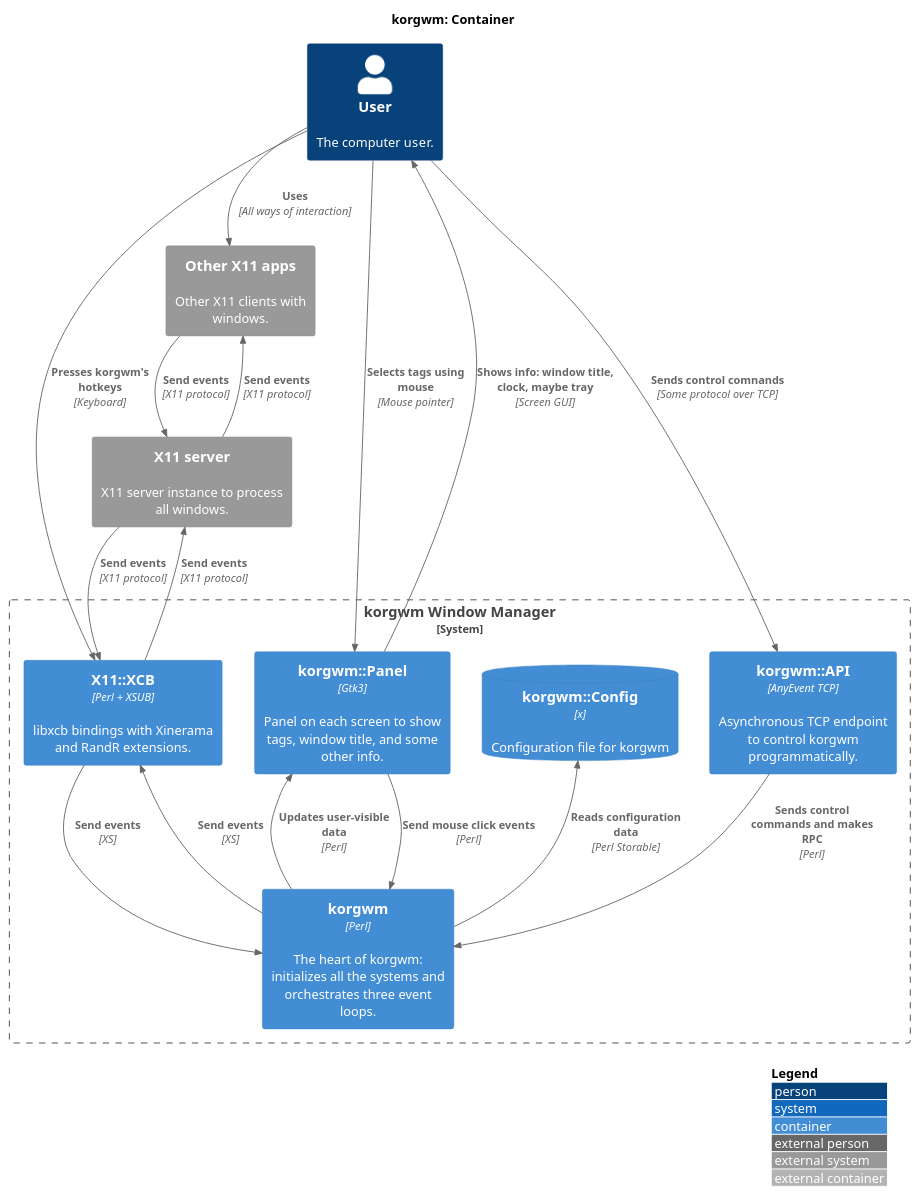
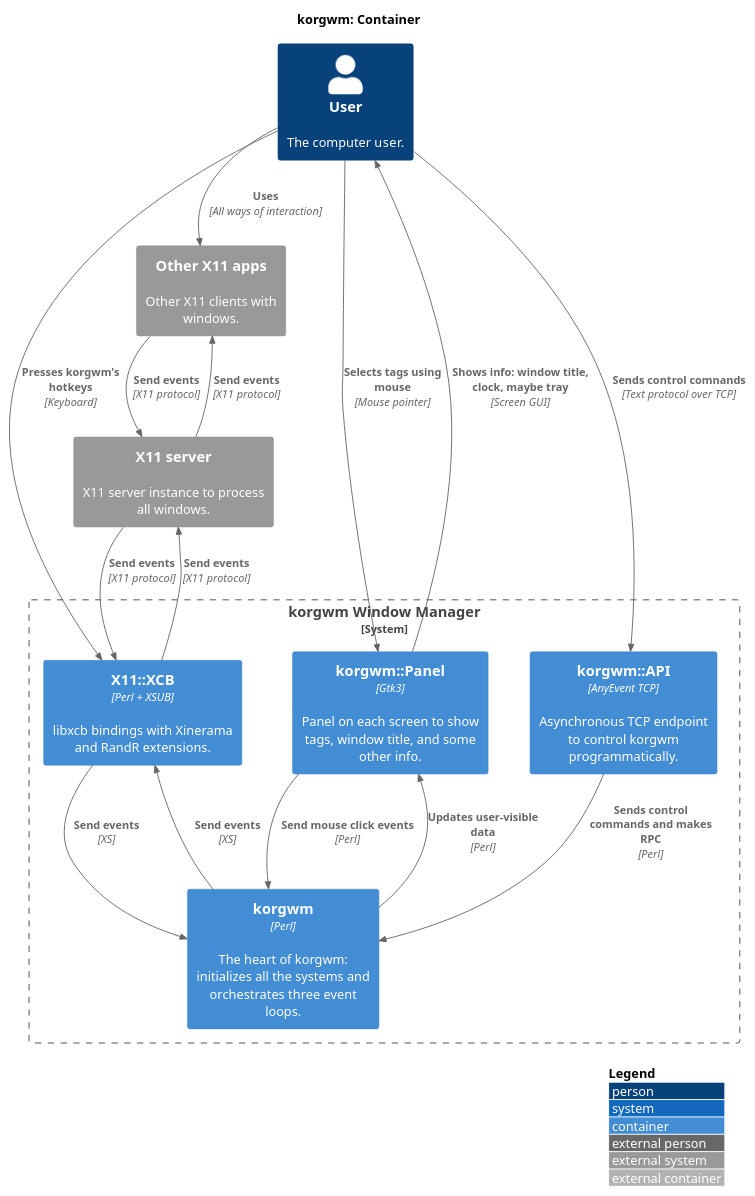
Before and after one commit to zhmylove/korgwm: the diagram in architecture/20_container.puml, drawn with PlantUML. The commit also changed 17 other files, not shown here.

```diff
--- a/architecture/20_container.puml
+++ b/architecture/20_container.puml
@@ -1,35 +1,33 @@
 @startuml
 !include https://raw.githubusercontent.com/plantuml-stdlib/C4-PlantUML/master/C4_Container.puml
 LAYOUT_WITH_LEGEND()
 title korgwm: Container
 
 System_Boundary(container, "korgwm Window Manager") {
-  ContainerDb(korgwm_config, "korgwm::Config", "x", "Configuration file for korgwm")
-  Container(korgwm_xcb, "X11::XCB", "Perl + XSUB", "libxcb bindings with Xinerama and RandR extensions.")
-  Container(korgwm_panel, "korgwm::Panel", "Gtk3", "Panel on each screen to show tags, window title, and some other info.")
-  Container(korgwm_api, "korgwm::API", "AnyEvent TCP", "Asynchronous TCP endpoint to control korgwm programmatically.")
-  Container(korgwm_core, "korgwm", "Perl", "The heart of korgwm: initializes all the systems and orchestrates three event loops.")
+  Container(korgwm_xcb, "X11::XCB", "Perl + XSUB", "libxcb bindings with Xinerama and RandR extensions.", $link="https://metacpan.org/pod/X11::XCB")
+  Container(korgwm_panel, "korgwm::Panel", "Gtk3", "Panel on each screen to show tags, window title, and some other info.", $link="32_panel.svg")
+  Container(korgwm_api, "korgwm::API", "AnyEvent TCP", "Asynchronous TCP endpoint to control korgwm programmatically.", $link="31_api.svg")
+  Container(korgwm_core, "korgwm", "Perl", "The heart of korgwm: initializes all the systems and orchestrates three event loops.", $link="30_core.svg")
 }
 
 Person(user, "User", "The computer user.")
 System_Ext(apps, "Other X11 apps", "Other X11 clients with windows.")
 System_Ext(srv, "X11 server", "X11 server instance to process all windows.")
 
 Rel(user, korgwm_xcb, "Presses korgwm's hotkeys", "Keyboard")
 Rel(user, apps, "Uses", "All ways of interaction")
-Rel(user, korgwm_api, "Sends control comnands", "Some protocol over TCP")
+Rel(user, korgwm_api, "Sends control comnands", "Text protocol over TCP")
 Rel(user, korgwm_panel, "Selects tags using mouse", "Mouse pointer")
 Rel_Back(user, korgwm_panel, "Shows info: window title, clock, maybe tray", "Screen GUI")
 
 Rel_Down(apps, srv, "Send events", "X11 protocol")
 Rel_Back(apps, srv, "Send events", "X11 protocol")
 Rel_Down(srv, korgwm_xcb, "Send events", "X11 protocol")
 Rel_Back(srv, korgwm_xcb, "Send events", "X11 protocol")
 
 Rel_Right(korgwm_xcb, korgwm_core, "Send events", "XS")
 Rel_Back(korgwm_xcb, korgwm_core, "Send events", "XS")
 Rel_Down(korgwm_panel, korgwm_core, "Send mouse click events", "Perl")
 Rel_Back(korgwm_panel, korgwm_core, "Updates user-visible data", "Perl")
 Rel_Down(korgwm_api, korgwm_core, "Sends control commands and makes RPC", "Perl")
-Rel_Up(korgwm_core, korgwm_config, "Reads configuration data", "Perl Storable")
 @enduml
```
